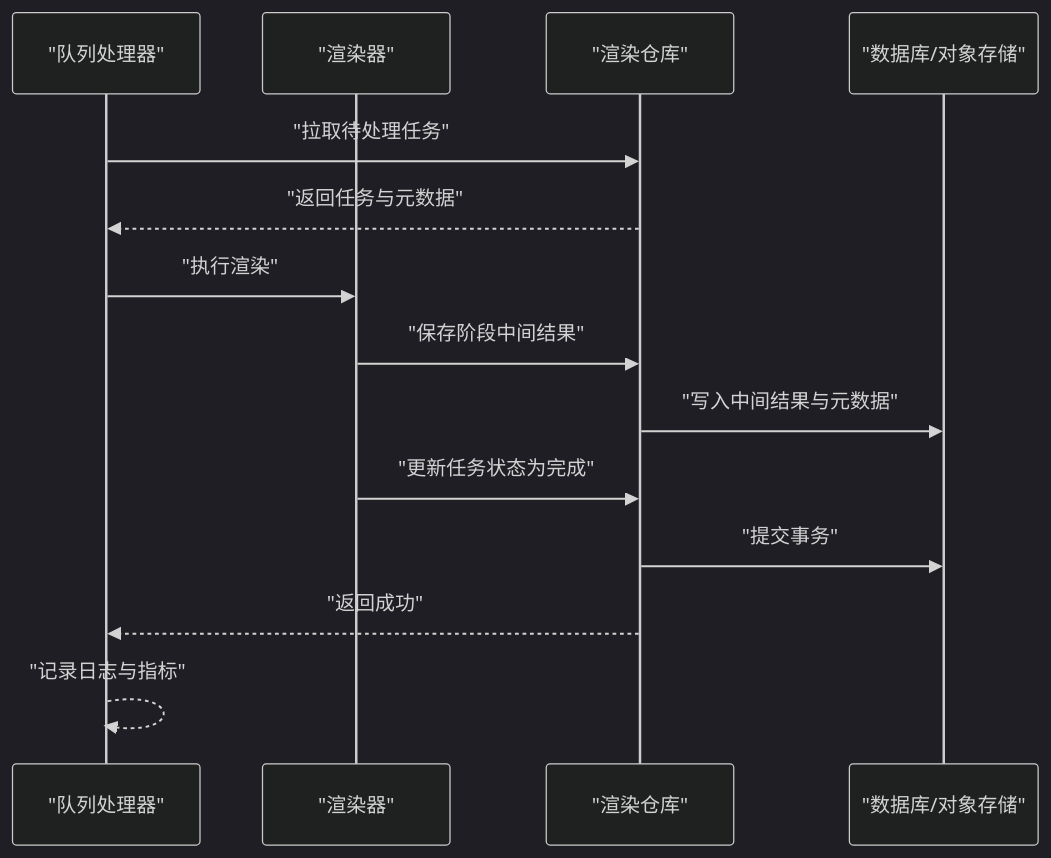
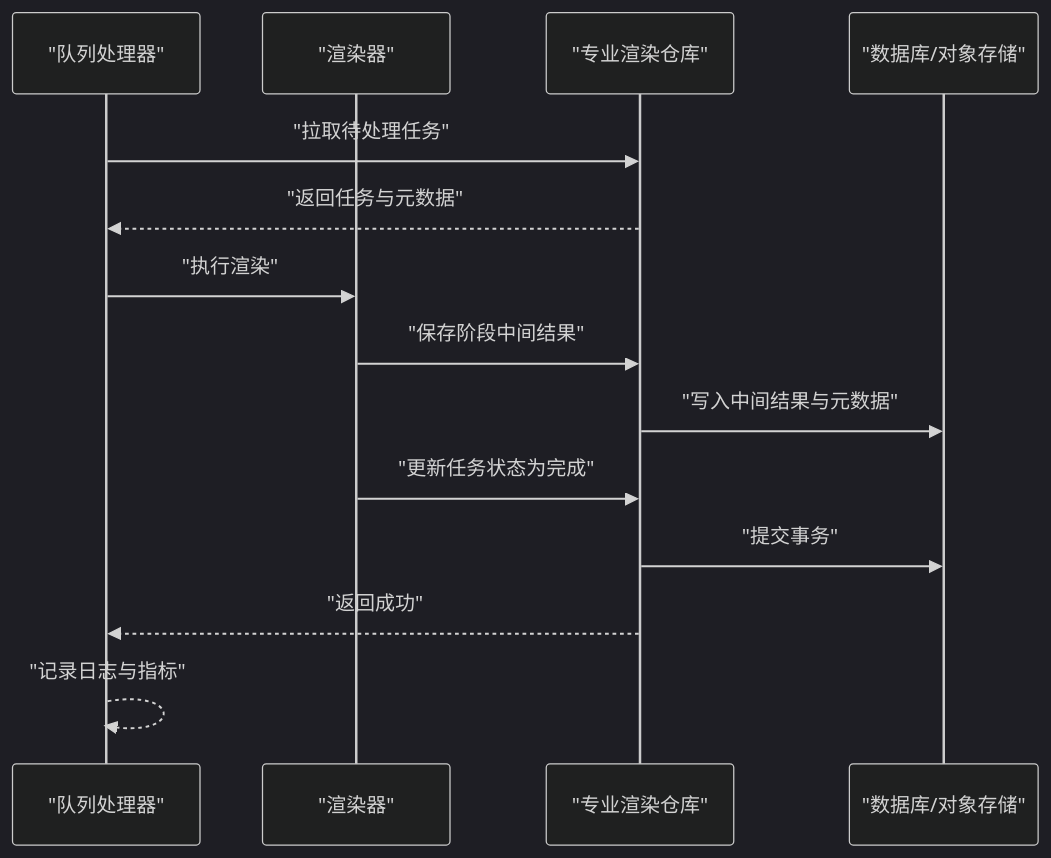
One commit to AIMFllyYS/code-video-canvas changed the fourth of 5 diagrams in .qoder/repowiki/zh/content/核心功能模块/渲染引擎/数据持久化.md. Above: the diagram before and after it, drawn with Mermaid (dark theme). The commit also changed other lines of this file and 44 other files, not shown here.

````diff
--- a/.qoder/repowiki/zh/content/核心功能模块/渲染引擎/数据持久化.md
+++ b/.qoder/repowiki/zh/content/核心功能模块/渲染引擎/数据持久化.md
@@ -326,16 +357,16 @@
 ```mermaid
 sequenceDiagram
 participant Q as "队列处理器"
 participant R as "渲染器"
-participant Repo as "渲染仓库"
+participant Repo as "专业渲染仓库"
 participant DB as "数据库/对象存储"
 Q->>Repo : "拉取待处理任务"
 Repo-->>Q : "返回任务与元数据"
 Q->>R : "执行渲染"
 R->>Repo : "保存阶段中间结果"
 Repo->>DB : "写入中间结果与元数据"
 R->>Repo : "更新任务状态为完成"
 Repo->>DB : "提交事务"
 Repo-->>Q : "返回成功"
 Q-->>Q : "记录日志与指标"
 ```
````
